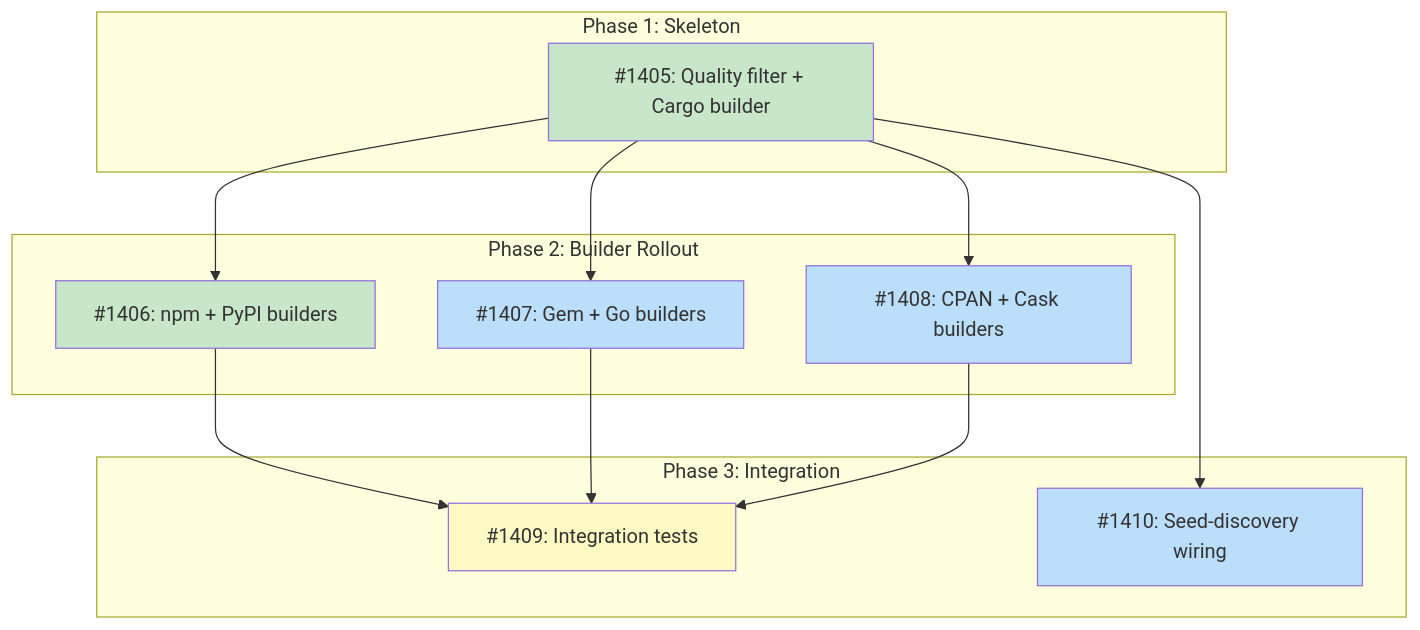
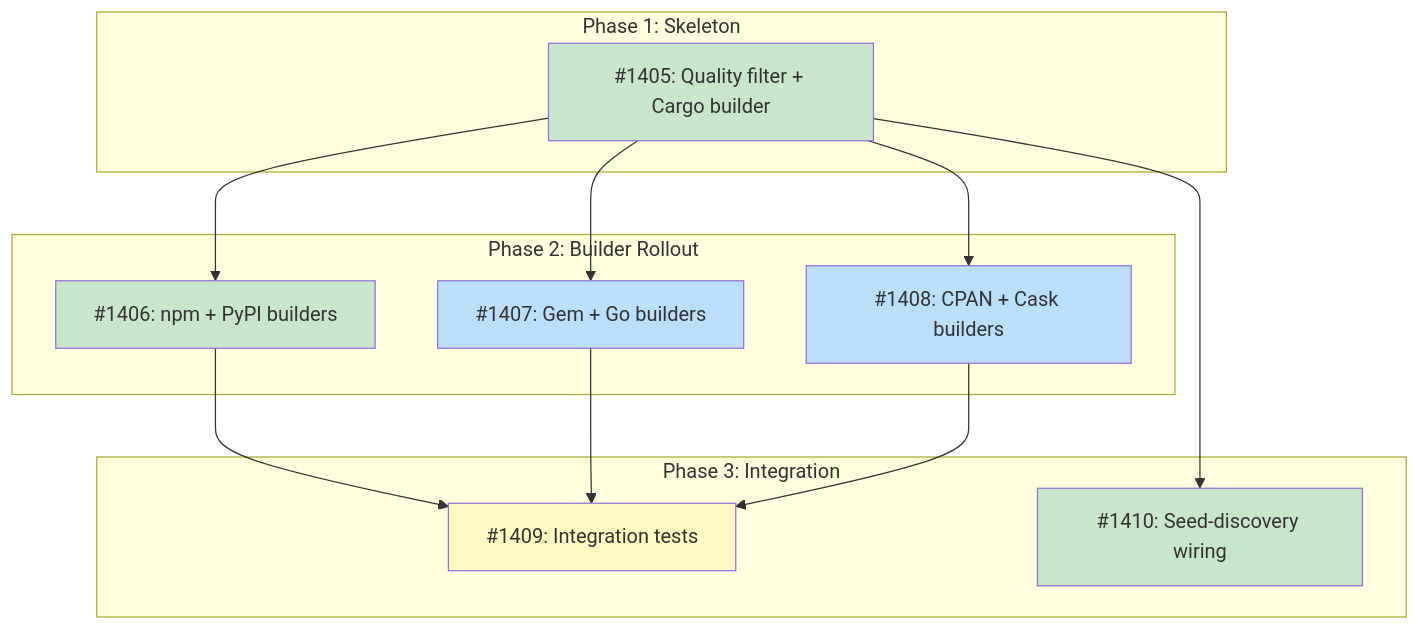
One commit to tsukumogami/tsuku changed the diagram in docs/designs/DESIGN-probe-quality-filtering.md. Above: the diagram before and after it, drawn with Mermaid. The commit also changed other lines of this file, not shown here.

Commit message:
docs(design): mark #1410 as done in DESIGN-probe-quality-filtering

````diff
--- a/docs/designs/DESIGN-probe-quality-filtering.md
+++ b/docs/designs/DESIGN-probe-quality-filtering.md
@@ -38,35 +38,36 @@
 ```mermaid
 graph TD
     subgraph Phase1["Phase 1: Skeleton"]
         I1405["#1405: Quality filter + Cargo builder"]
     end
 
     subgraph Phase2["Phase 2: Builder Rollout"]
         I1406["#1406: npm + PyPI builders"]
         I1407["#1407: Gem + Go builders"]
         I1408["#1408: CPAN + Cask builders"]
     end
 
     subgraph Phase3["Phase 3: Integration"]
         I1409["#1409: Integration tests"]
         I1410["#1410: Seed-discovery wiring"]
     end
 
     I1405 --> I1406
     I1405 --> I1407
     I1405 --> I1408
     I1406 --> I1409
     I1407 --> I1409
     I1408 --> I1409
     I1405 --> I1410
 
     classDef done fill:#c8e6c9
     classDef ready fill:#bbdefb
     classDef blocked fill:#fff9c4
     classDef needsDesign fill:#e1bee7
 
     class I1405 done
     class I1406 done
-    class I1407,I1408,I1410 ready
+    class I1407,I1408 ready
+    class I1410 done
     class I1409 blocked
 ```
````
